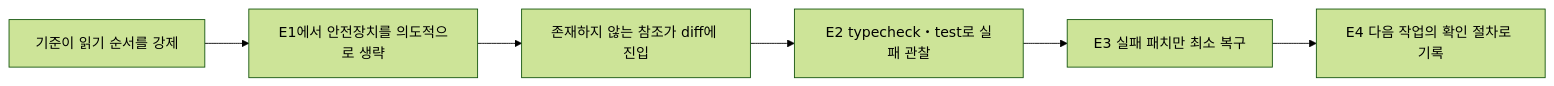
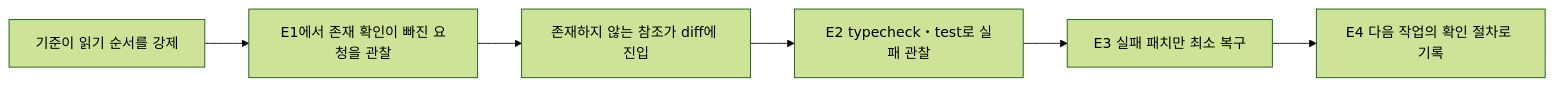
Before and after one commit to RainaKim/order-ops: the diagram in labs/lecture13/README.md, drawn with Mermaid (forest theme). The commit also changed other lines of this file, not shown here.

````diff
--- a/labs/lecture13/README.md
+++ b/labs/lecture13/README.md
@@ -37,6 +37,6 @@
 ```mermaid
 flowchart LR
-  A["기준이 읽기 순서를 강제"] --> B["E1에서 안전장치를 의도적으로 생략"]
+  A["기준이 읽기 순서를 강제"] --> B["E1에서 존재 확인이 빠진 요청을 관찰"]
   B --> C["존재하지 않는 참조가 diff에 진입"] --> D["E2 typecheck・test로 실패 관찰"]
   D --> E["E3 실패 패치만 최소 복구"] --> F["E4 다음 작업의 확인 절차로 기록"]
 ```
````
